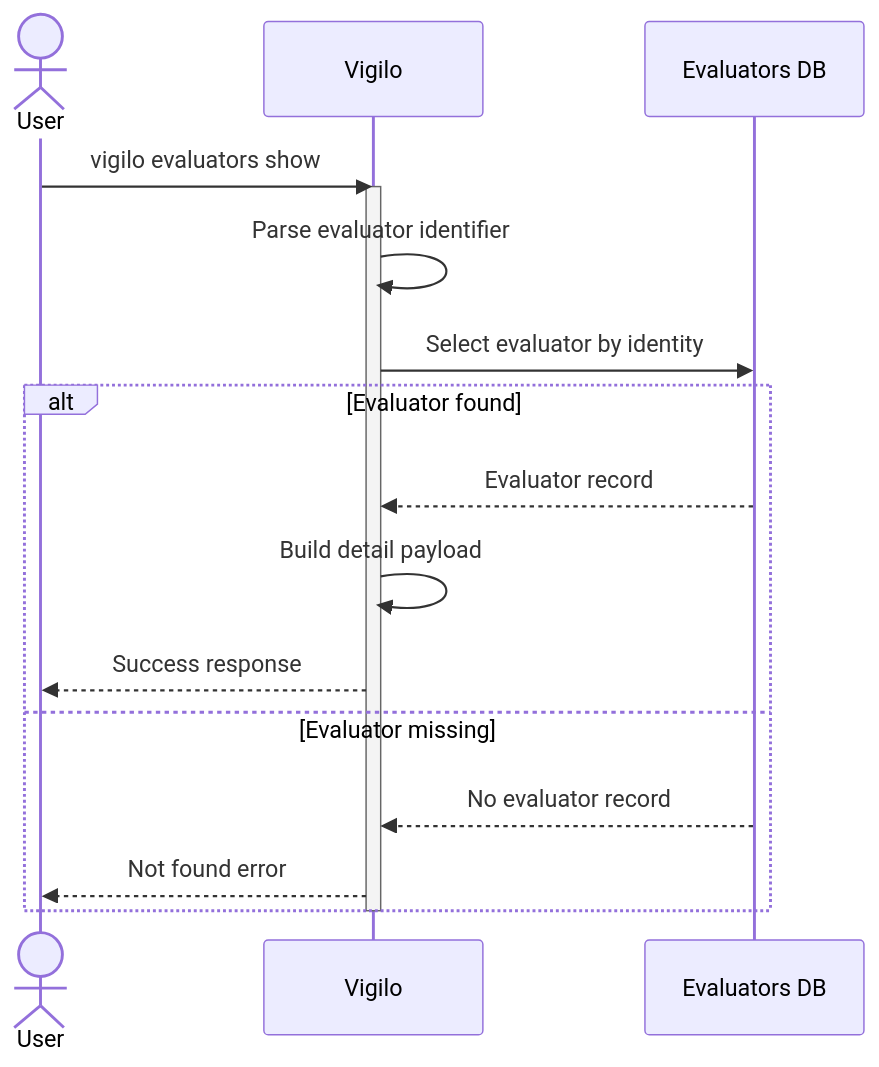
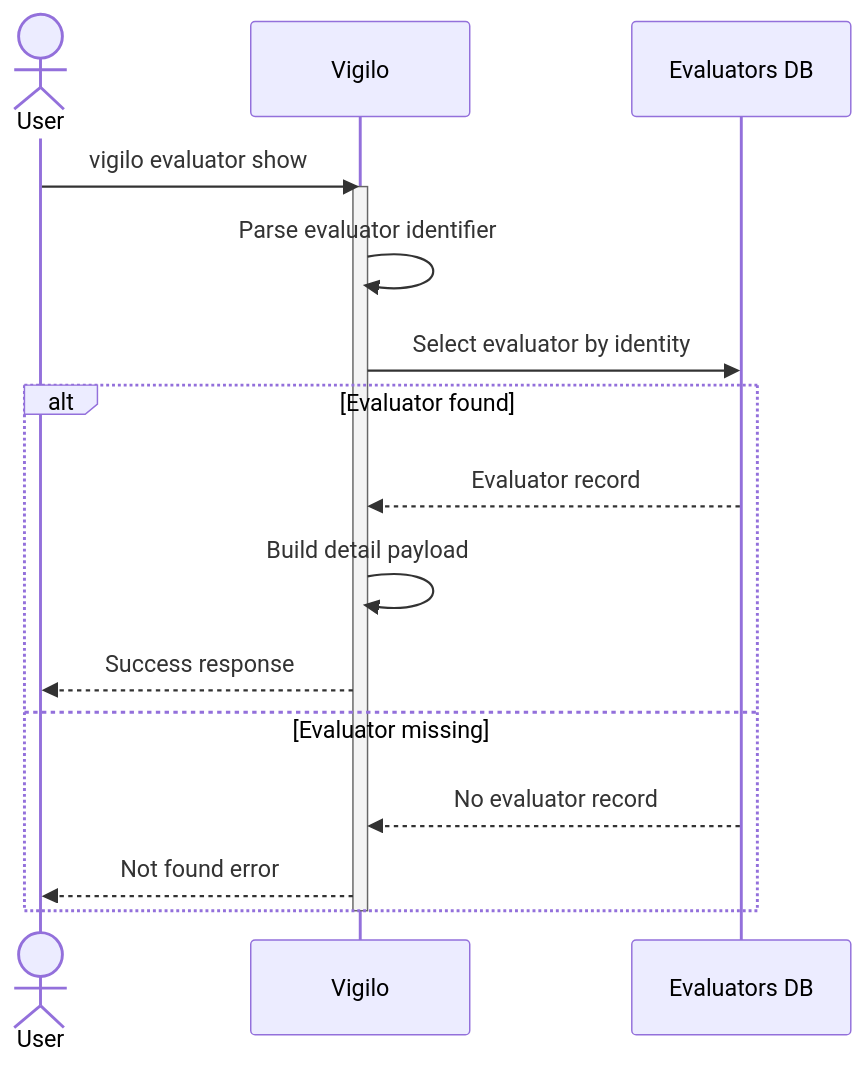
The diagram in web/docs/architecture/flows/evaluators/show/execution-flow.mmd (gregl83/agent-vigilo), drawn with Mermaid before and after one commit. The commit also changed 40 other files, not shown here.

```diff
--- a/web/docs/architecture/flows/evaluators/show/execution-flow.mmd
+++ b/web/docs/architecture/flows/evaluators/show/execution-flow.mmd
@@ -1,29 +1,29 @@
 ---
 config:
   flowchart:
     nodeSpacing: 150
     rankSpacing: 80
   themeVariables:
     edgeLabelBackground: 'transparent'
 ---
 sequenceDiagram
     actor User
     participant Vigilo
     participant DB as Evaluators DB
 
-    User->>Vigilo: vigilo evaluators show
+    User->>Vigilo: vigilo evaluator show
     activate Vigilo
 
     Vigilo->>Vigilo: Parse evaluator identifier
     Vigilo->>DB: Select evaluator by identity
 
     alt Evaluator found
         DB-->>Vigilo: Evaluator record
         Vigilo->>Vigilo: Build detail payload
         Vigilo-->>User: Success response
     else Evaluator missing
         DB-->>Vigilo: No evaluator record
         Vigilo-->>User: Not found error
     end
 
     deactivate Vigilo
```
